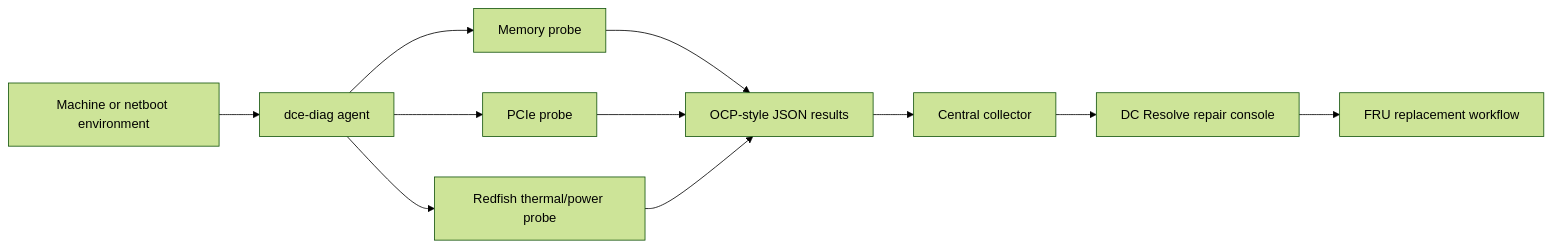
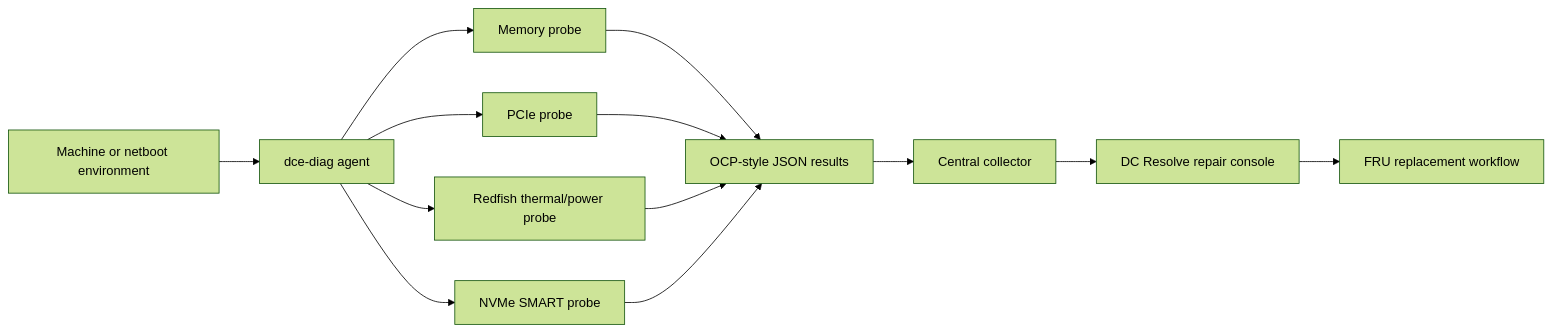
The diagram in README.md (perry-holloway/dc-resolve), drawn with Mermaid (forest theme) before and after one commit. The commit also changed other lines of this file and 6 other files, not shown here.

First line of the commit message:
Add NVMe SMART health probe

````diff
--- a/README.md
+++ b/README.md
@@ -31,13 +33,15 @@
 ```mermaid
 flowchart LR
     A["Machine or netboot environment"] --> B["dce-diag agent"]
     B --> C["Memory probe"]
     B --> D["PCIe probe"]
     B --> T["Redfish thermal/power probe"]
+    B --> N["NVMe SMART probe"]
     C --> E["OCP-style JSON results"]
     D --> E
     T --> E
+    N --> E
     E --> F["Central collector"]
     F --> G["DC Resolve repair console"]
     G --> H["FRU replacement workflow"]
 ```
````
